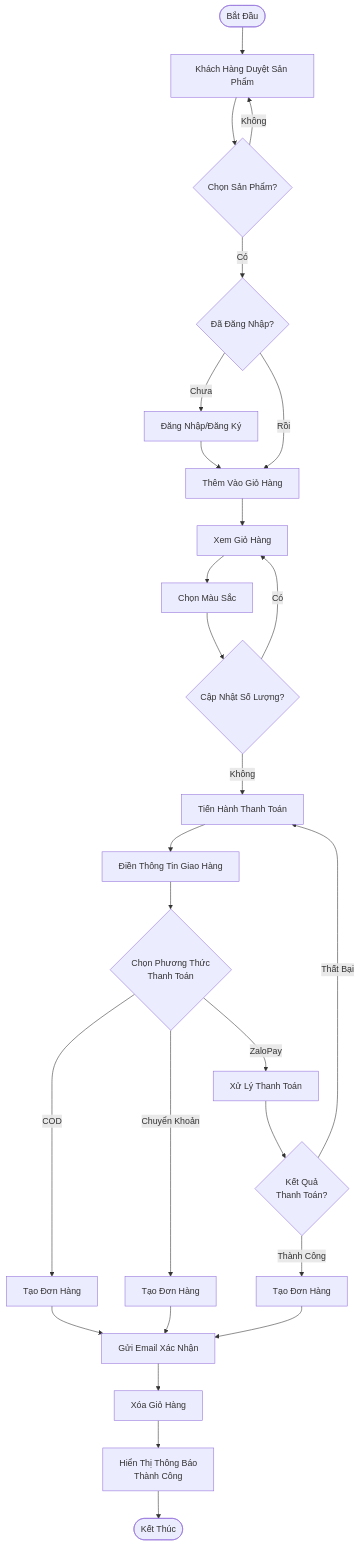
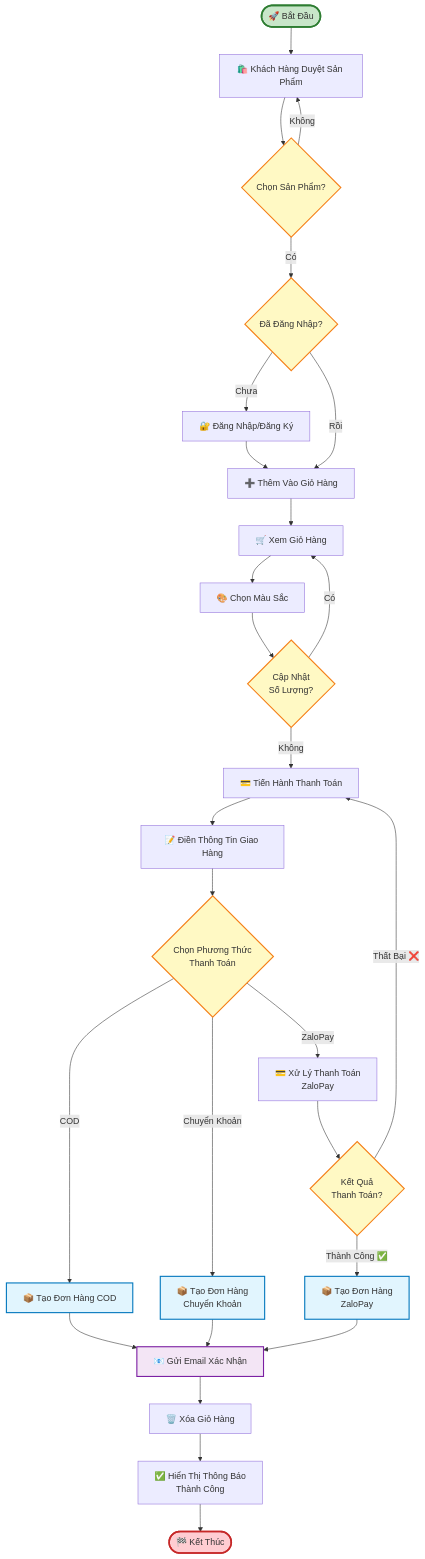
The third of 7 diagrams in DIAGRAMS.md (thoailyo230/bai-lap-cua-cac-buoi-tren-lop), drawn with Mermaid before and after one commit. The commit also changed other lines of this file, not shown here.

````diff
--- a/DIAGRAMS.md
+++ b/DIAGRAMS.md
@@ -103,36 +148,48 @@
 ```mermaid
 flowchart TD
-    Start([Bắt Đầu]) --> Browse[Khách Hàng Duyệt Sản Phẩm]
+    Start([🚀 Bắt Đầu]) --> Browse[🛍️ Khách Hàng Duyệt Sản Phẩm]
     Browse --> Select{Chọn Sản Phẩm?}
+    Select -->|Không| Browse
     Select -->|Có| CheckLogin{Đã Đăng Nhập?}
-    Select -->|Không| Browse
     
-    CheckLogin -->|Chưa| Login[Đăng Nhập/Đăng Ký]
-    Login --> AddToCart[Thêm Vào Giỏ Hàng]
+    CheckLogin -->|Chưa| Login[🔐 Đăng Nhập/Đăng Ký]
+    Login --> AddToCart[➕ Thêm Vào Giỏ Hàng]
     CheckLogin -->|Rồi| AddToCart
     
-    AddToCart --> ViewCart[Xem Giỏ Hàng]
-    ViewCart --> SelectColor[Chọn Màu Sắc]
-    SelectColor --> UpdateCart{Cập Nhật Số Lượng?}
+    AddToCart --> ViewCart[🛒 Xem Giỏ Hàng]
+    ViewCart --> SelectColor[🎨 Chọn Màu Sắc]
+    SelectColor --> UpdateCart{Cập Nhật<br/>Số Lượng?}
     UpdateCart -->|Có| ViewCart
-    UpdateCart -->|Không| Checkout[Tiến Hành Thanh Toán]
+    UpdateCart -->|Không| Checkout[💳 Tiến Hành Thanh Toán]
     
-    Checkout --> FillInfo[Điền Thông Tin Giao Hàng]
+    Checkout --> FillInfo[📝 Điền Thông Tin Giao Hàng]
     FillInfo --> SelectPayment{Chọn Phương Thức<br/>Thanh Toán}
     
-    SelectPayment -->|COD| CreateOrder1[Tạo Đơn Hàng]
-    SelectPayment -->|Chuyển Khoản| CreateOrder2[Tạo Đơn Hàng]
-    SelectPayment -->|ZaloPay| ProcessPayment[Xử Lý Thanh Toán]
+    SelectPayment -->|COD| CreateOrder1[📦 Tạo Đơn Hàng COD]
+    SelectPayment -->|Chuyển Khoản| CreateOrder2[📦 Tạo Đơn Hàng<br/>Chuyển Khoản]
+    SelectPayment -->|ZaloPay| ProcessPayment[💳 Xử Lý Thanh Toán<br/>ZaloPay]
     
     ProcessPayment --> PaymentResult{Kết Quả<br/>Thanh Toán?}
-    PaymentResult -->|Thành Công| CreateOrder3[Tạo Đơn Hàng]
-    PaymentResult -->|Thất Bại| Checkout
+    PaymentResult -->|Thành Công ✅| CreateOrder3[📦 Tạo Đơn Hàng<br/>ZaloPay]
+    PaymentResult -->|Thất Bại ❌| Checkout
     
-    CreateOrder1 --> SendEmail[Gửi Email Xác Nhận]
+    CreateOrder1 --> SendEmail[📧 Gửi Email Xác Nhận]
     CreateOrder2 --> SendEmail
     CreateOrder3 --> SendEmail
     
-    SendEmail --> ClearCart[Xóa Giỏ Hàng]
-    ClearCart --> ShowSuccess[Hiển Thị Thông Báo<br/>Thành Công]
-    ShowSuccess --> End([Kết Thúc])
+    SendEmail --> ClearCart[🗑️ Xóa Giỏ Hàng]
+    ClearCart --> ShowSuccess[✅ Hiển Thị Thông Báo<br/>Thành Công]
+    ShowSuccess --> End([🏁 Kết Thúc])
+    
+    style Start fill:#c8e6c9,stroke:#2e7d32,stroke-width:3px
+    style End fill:#ffcdd2,stroke:#c62828,stroke-width:3px
+    style CheckLogin fill:#fff9c4,stroke:#f57f17,stroke-width:2px
+    style SelectPayment fill:#fff9c4,stroke:#f57f17,stroke-width:2px
+    style PaymentResult fill:#fff9c4,stroke:#f57f17,stroke-width:2px
+    style UpdateCart fill:#fff9c4,stroke:#f57f17,stroke-width:2px
+    style Select fill:#fff9c4,stroke:#f57f17,stroke-width:2px
+    style CreateOrder1 fill:#e1f5fe,stroke:#0277bd,stroke-width:2px
+    style CreateOrder2 fill:#e1f5fe,stroke:#0277bd,stroke-width:2px
+    style CreateOrder3 fill:#e1f5fe,stroke:#0277bd,stroke-width:2px
+    style SendEmail fill:#f3e5f5,stroke:#7b1fa2,stroke-width:2px
 ```
````
